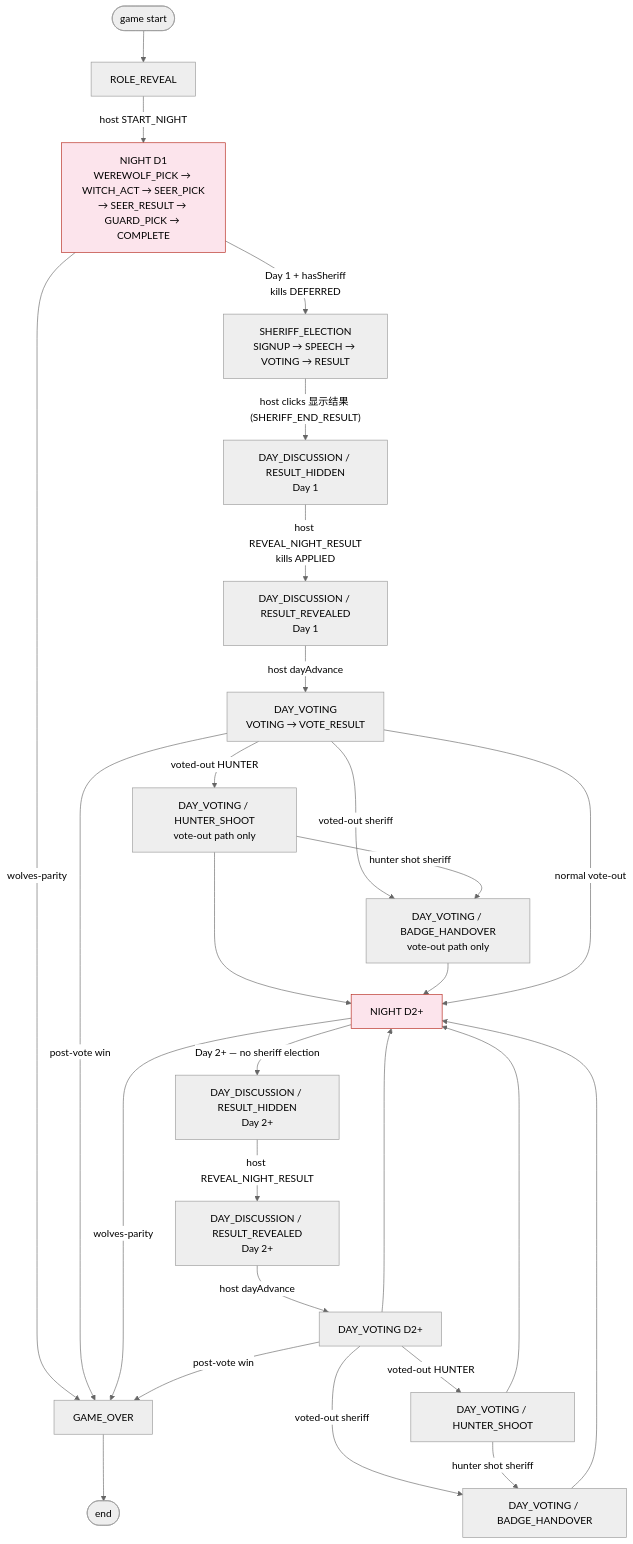
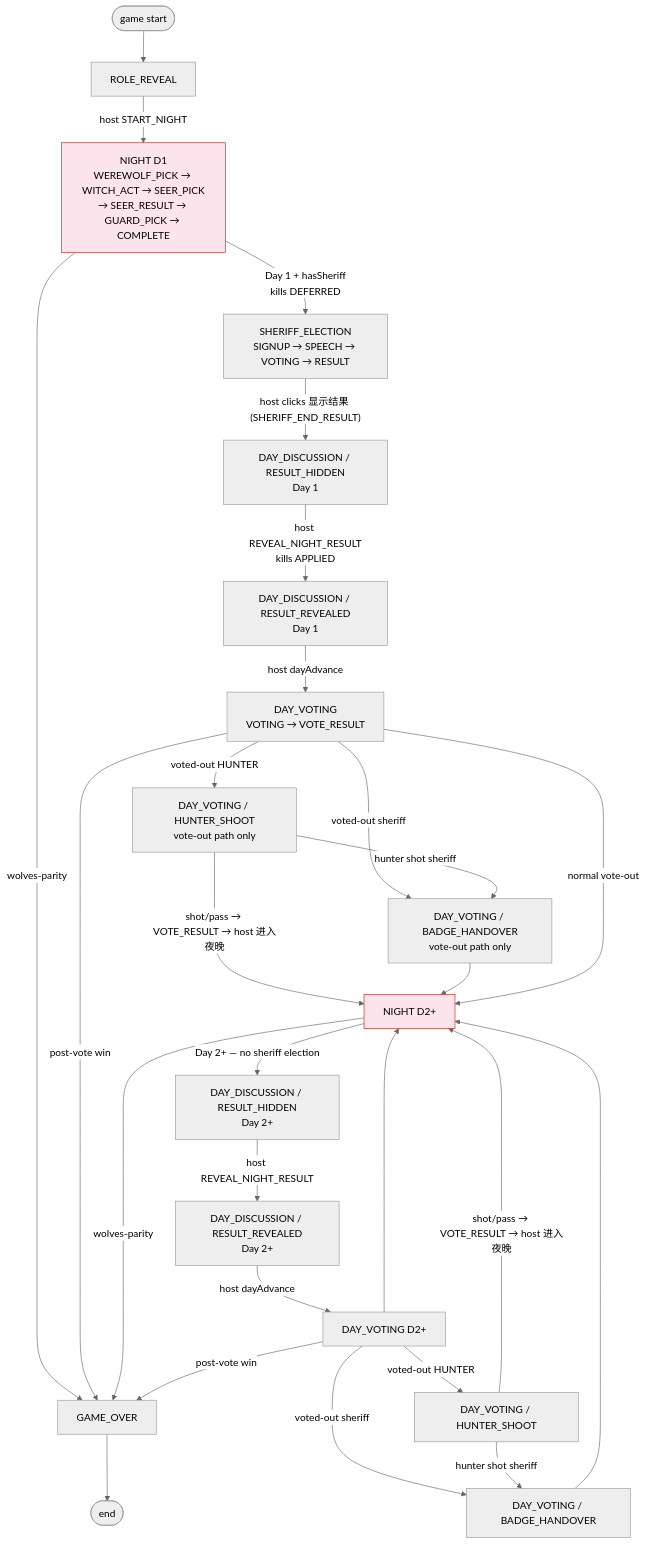
One commit to wangdaqian08/werewolf-simple changed the first of 3 diagrams in docs/game-phase-flow.md. Above: the diagram before and after it, drawn with Mermaid (neutral theme). The commit also changed other lines of this file and 60 other files, not shown here.

First line of the commit message:
fix: reported bugs batch — player count, self-destruct flow, seat #s, reconnect, 3-digit room code (#134)

````diff
--- a/docs/game-phase-flow.md
+++ b/docs/game-phase-flow.md
@@ -29,37 +29,37 @@
 ```mermaid
 flowchart TB
     START([game start]) --> RR["ROLE_REVEAL"]
     RR -->|"host START_NIGHT"| N1["NIGHT D1<br/>WEREWOLF_PICK → WITCH_ACT → SEER_PICK<br/>→ SEER_RESULT → GUARD_PICK → COMPLETE"]
 
     N1 -->|"wolves-parity"| GO["GAME_OVER"]
     N1 -->|"Day 1 + hasSheriff<br/>kills DEFERRED"| SE["SHERIFF_ELECTION<br/>SIGNUP → SPEECH → VOTING → RESULT"]
 
     SE -->|"host clicks 显示结果 (SHERIFF_END_RESULT)"| DH1["DAY_DISCUSSION / RESULT_HIDDEN<br/>Day 1"]
     DH1 -->|"host REVEAL_NIGHT_RESULT<br/>kills APPLIED"| DR1["DAY_DISCUSSION / RESULT_REVEALED<br/>Day 1"]
     DR1 -->|"host dayAdvance"| DV1["DAY_VOTING<br/>VOTING → VOTE_RESULT"]
 
     DV1 -->|"voted-out HUNTER"| HS1["DAY_VOTING / HUNTER_SHOOT<br/>vote-out path only"]
     DV1 -->|"voted-out sheriff"| BH1["DAY_VOTING / BADGE_HANDOVER<br/>vote-out path only"]
     HS1 -->|"hunter shot sheriff"| BH1
-    HS1 --> N2["NIGHT D2+"]
+    HS1 -->|"shot/pass → VOTE_RESULT → host 进入夜晚"| N2["NIGHT D2+"]
     BH1 --> N2
     DV1 -->|"normal vote-out"| N2
     DV1 -->|"post-vote win"| GO
 
     N2 -->|"wolves-parity"| GO
     N2 -->|"Day 2+ — no sheriff election"| DH2["DAY_DISCUSSION / RESULT_HIDDEN<br/>Day 2+"]
     DH2 -->|"host REVEAL_NIGHT_RESULT"| DR2["DAY_DISCUSSION / RESULT_REVEALED<br/>Day 2+"]
     DR2 -->|"host dayAdvance"| DV2["DAY_VOTING D2+"]
     DV2 -->|"voted-out HUNTER"| HS2["DAY_VOTING / HUNTER_SHOOT"]
     DV2 -->|"voted-out sheriff"| BH2["DAY_VOTING / BADGE_HANDOVER"]
     HS2 -->|"hunter shot sheriff"| BH2
-    HS2 --> N2
+    HS2 -->|"shot/pass → VOTE_RESULT → host 进入夜晚"| N2
     BH2 --> N2
     DV2 --> N2
     DV2 -->|"post-vote win"| GO
 
     GO --> END([end])
 
     classDef nightKillNoLastAction fill:#fce4ec,stroke:#b5251a
     class N1,N2 nightKillNoLastAction
 ```
````
